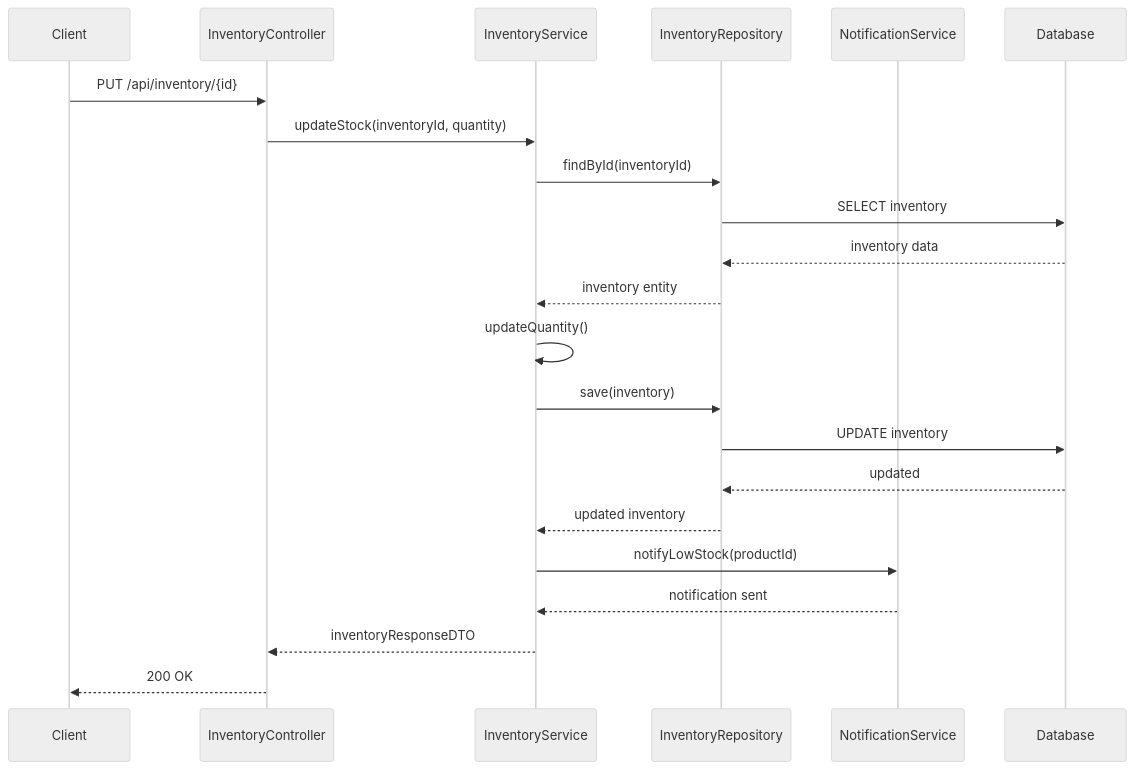
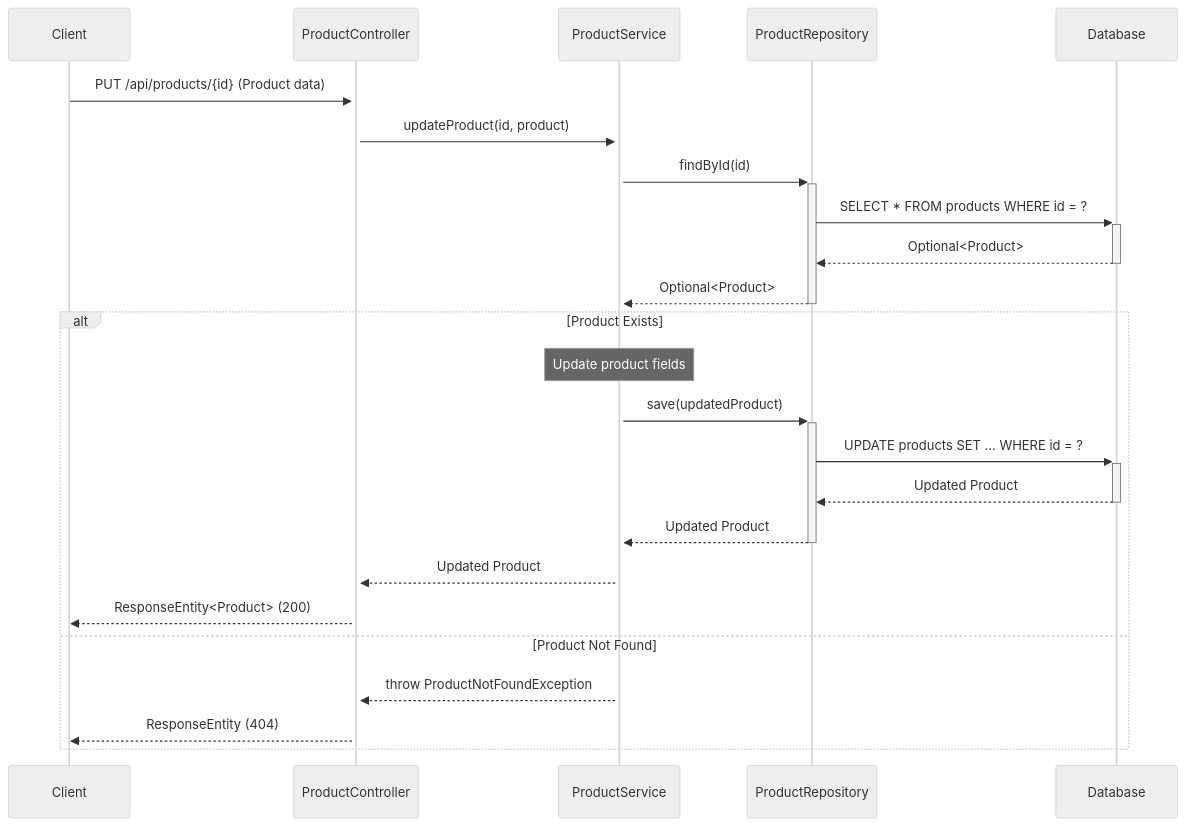
One commit to NavneetBN47/aava-ecom-demo changed the sixth of 13 diagrams in docs/LLD/modified_lld.md. Above: the diagram before and after it, drawn with Mermaid (neutral theme). The commit also changed other lines of this file, not shown here.

````diff
--- a/docs/LLD/modified_lld.md
+++ b/docs/LLD/modified_lld.md
@@ -373,25 +287,29 @@
 ```mermaid
 sequenceDiagram
     participant Client
-    participant InventoryController
-    participant InventoryService
-    participant InventoryRepository
-    participant NotificationService
+    participant ProductController
+    participant ProductService
+    participant ProductRepository
     participant Database
-
-    Client->>InventoryController: PUT /api/inventory/{id}
-    InventoryController->>InventoryService: updateStock(inventoryId, quantity)
-    InventoryService->>InventoryRepository: findById(inventoryId)
-    InventoryRepository->>Database: SELECT inventory
-    Database-->>InventoryRepository: inventory data
-    InventoryRepository-->>InventoryService: inventory entity
-    InventoryService->>InventoryService: updateQuantity()
-    InventoryService->>InventoryRepository: save(inventory)
-    InventoryRepository->>Database: UPDATE inventory
-    Database-->>InventoryRepository: updated
-    InventoryRepository-->>InventoryService: updated inventory
-    InventoryService->>NotificationService: notifyLowStock(productId)
-    NotificationService-->>InventoryService: notification sent
-    InventoryService-->>InventoryController: inventoryResponseDTO
-    InventoryController-->>Client: 200 OK
+    
+    Client->>+ProductController: PUT /api/products/{id} (Product data)
+    ProductController->>+ProductService: updateProduct(id, product)
+    
+    ProductService->>+ProductRepository: findById(id)
+    ProductRepository->>+Database: SELECT * FROM products WHERE id = ?
+    Database-->>-ProductRepository: Optional<Product>
+    ProductRepository-->>-ProductService: Optional<Product>
+    
+    alt Product Exists
+        Note over ProductService: Update product fields
+        ProductService->>+ProductRepository: save(updatedProduct)
+        ProductRepository->>+Database: UPDATE products SET ... WHERE id = ?
+        Database-->>-ProductRepository: Updated Product
+        ProductRepository-->>-ProductService: Updated Product
+        ProductService-->>ProductController: Updated Product
+        ProductController-->>Client: ResponseEntity<Product> (200)
+    else Product Not Found
+        ProductService-->>ProductController: throw ProductNotFoundException
+        ProductController-->>Client: ResponseEntity (404)
+    end
 ```
````
